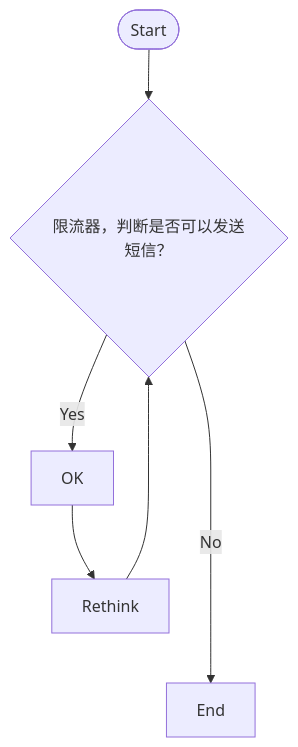
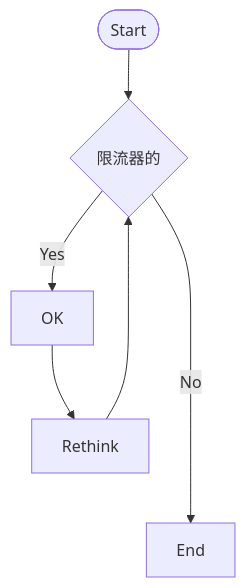
One commit to yingjianzh/iodraw-files changed the diagram in all/未命名-5.md. Above: the diagram before and after it, drawn with Mermaid.

Commit message:
2024-08-08 17:58:23 update

````diff
--- a/all/未命名-5.md
+++ b/all/未命名-5.md
@@ -1,8 +1,8 @@
 ```mermaid
 flowchart TD
-    id1([Start]) --> B{限流器，判断是否可以发送短信？}
+    id1([Start]) --> B{限流器的}
     B -- Yes --> C[OK]
     C --> D[Rethink]
     D --> B
     B -- No ----> E[End]
 ```
````
